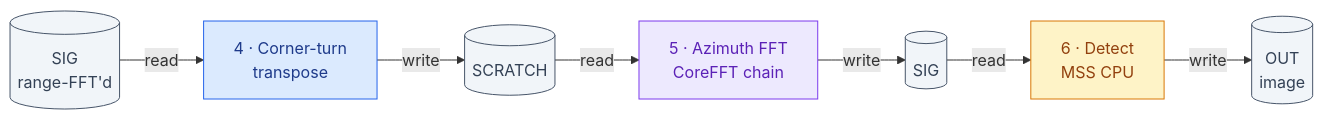
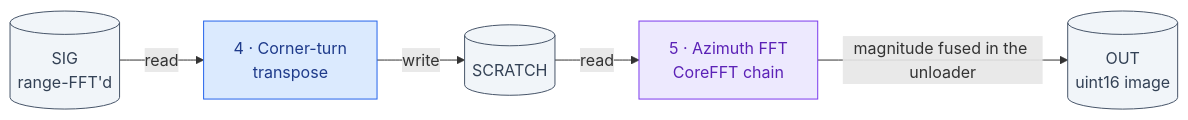
The second of 3 diagrams in docs/fpga/SAR_ARCHITECTURE_REPORT.md (futureproofbear/mpfs250t-sar-ifp), drawn with Mermaid before and after one commit. The commit also changed other lines of this file and 5 other files, not shown here.

````diff
--- a/docs/fpga/SAR_ARCHITECTURE_REPORT.md
+++ b/docs/fpga/SAR_ARCHITECTURE_REPORT.md
@@ -69,17 +69,13 @@
 ```mermaid
 flowchart LR
   SIG1[("SIG<br/>range-FFT'd")] -->|read| CT["4 · Corner-turn<br/>transpose"]
   CT -->|write| SCR3[("SCRATCH")]
   SCR3 -->|read| AF["5 · Azimuth FFT<br/>CoreFFT chain"]
-  AF -->|write| SIG2[("SIG")]
-  SIG2 -->|read| D["6 · Detect<br/>MSS CPU"]
-  D -->|write| OUT[("OUT<br/>image")]
+  AF -->|"magnitude fused in the unloader"| OUT[("OUT<br/>uint16 image")]
   classDef ddr fill:#f1f5f9,stroke:#475569,color:#334155;
   classDef fab fill:#dbeafe,stroke:#2563eb,color:#1e3a8a;
   classDef ip fill:#ede9fe,stroke:#7c3aed,color:#5b21b6;
-  classDef cpu fill:#fef3c7,stroke:#d97706,color:#92400e;
-  class SIG1,SCR3,SIG2,OUT ddr;
+  class SIG1,SCR3,OUT ddr;
   class CT fab;
   class AF ip;
-  class D cpu;
 ```
````
